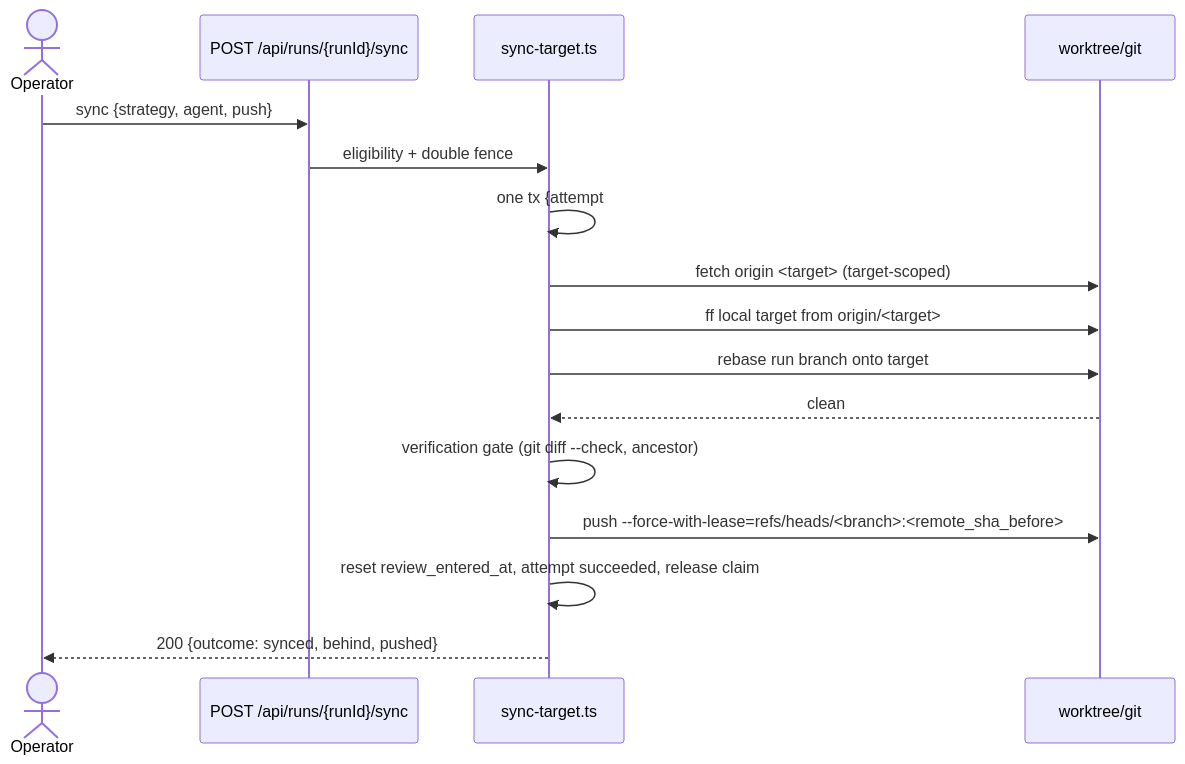
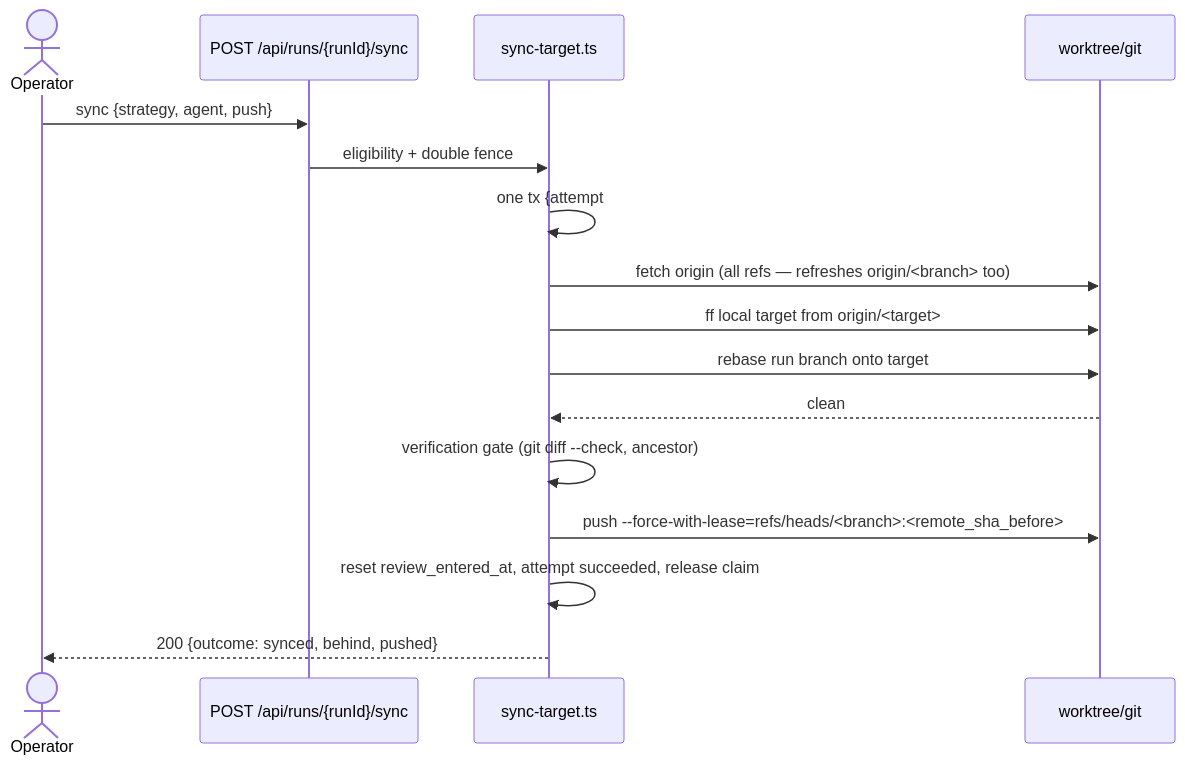
Before and after one commit to maister-dev/maister: the third of 6 diagrams in docs/system-analytics/branch-sync.md, drawn with Mermaid. The commit also changed other lines of this file and 9 other files, not shown here.

First line of the commit message:
docs: kill the target-scoped-fetch myth and the one-transaction claim

````diff
--- a/docs/system-analytics/branch-sync.md
+++ b/docs/system-analytics/branch-sync.md
@@ -76,18 +76,18 @@
 ```mermaid
 sequenceDiagram
     actor Op as Operator
     participant Route as POST /api/runs/{runId}/sync
     participant Svc as sync-target.ts
     participant Git as worktree/git
     Op->>Route: sync {strategy, agent, push}
     Route->>Svc: eligibility + double fence
     Svc->>Svc: one tx {attempt#, starting row, "sync" claim}
-    Svc->>Git: fetch origin <target> (target-scoped)
+    Svc->>Git: fetch origin (all refs — refreshes origin/<branch> too)
     Svc->>Git: ff local target from origin/<target>
     Svc->>Git: rebase run branch onto target
     Git-->>Svc: clean
     Svc->>Svc: verification gate (git diff --check, ancestor)
     Svc->>Git: push --force-with-lease=refs/heads/<branch>:<remote_sha_before>
     Svc->>Svc: reset review_entered_at, attempt succeeded, release claim
     Svc-->>Op: 200 {outcome: synced, behind, pushed}
 ```
````
